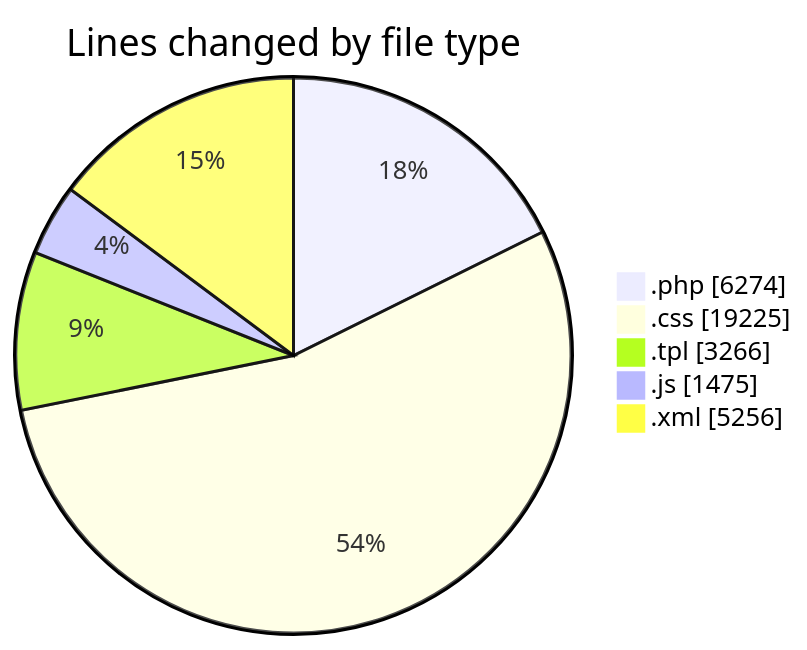
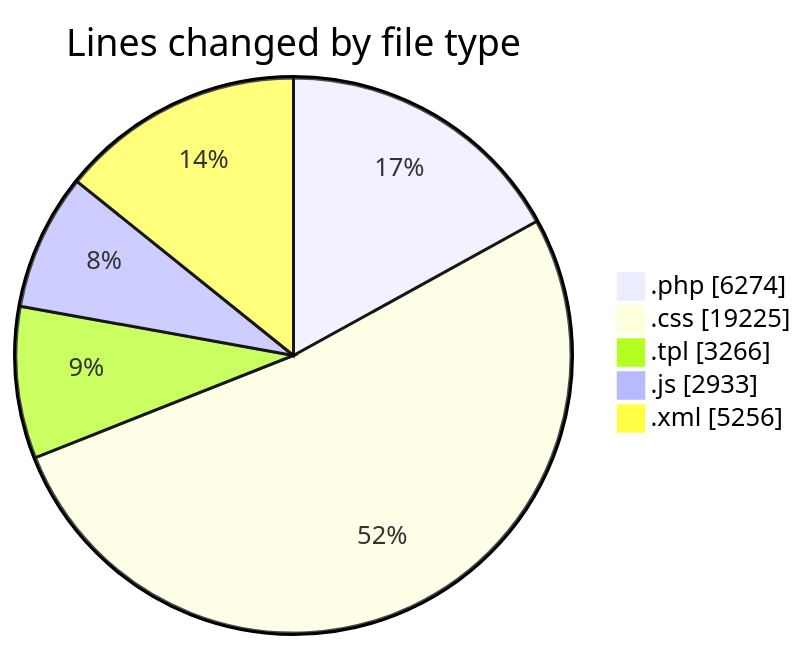
One commit to vahidmafi/code-tracking changed the first of 2 diagrams in 2025-03-23/zeytoon/README.md. Above: the diagram before and after it, drawn with Mermaid. The commit also changed other lines of this file and 1 other file, not shown here.

````diff
--- a/2025-03-23/zeytoon/README.md
+++ b/2025-03-23/zeytoon/README.md
@@ -33,9 +34,9 @@
 ```mermaid
 pie showData
 title Lines changed by file type
 ".php" : 6274
 ".css" : 19225
 ".tpl" : 3266
-".js" : 1475
+".js" : 2933
 ".xml" : 5256
 ```
````
